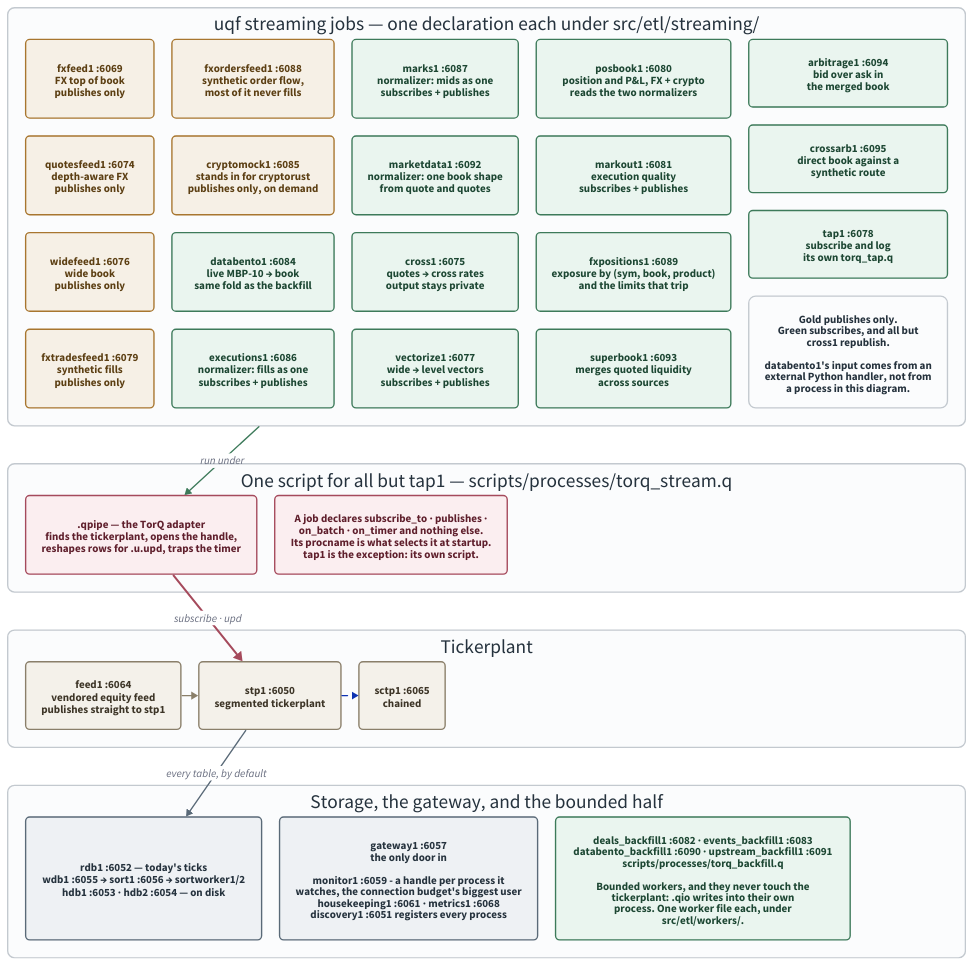
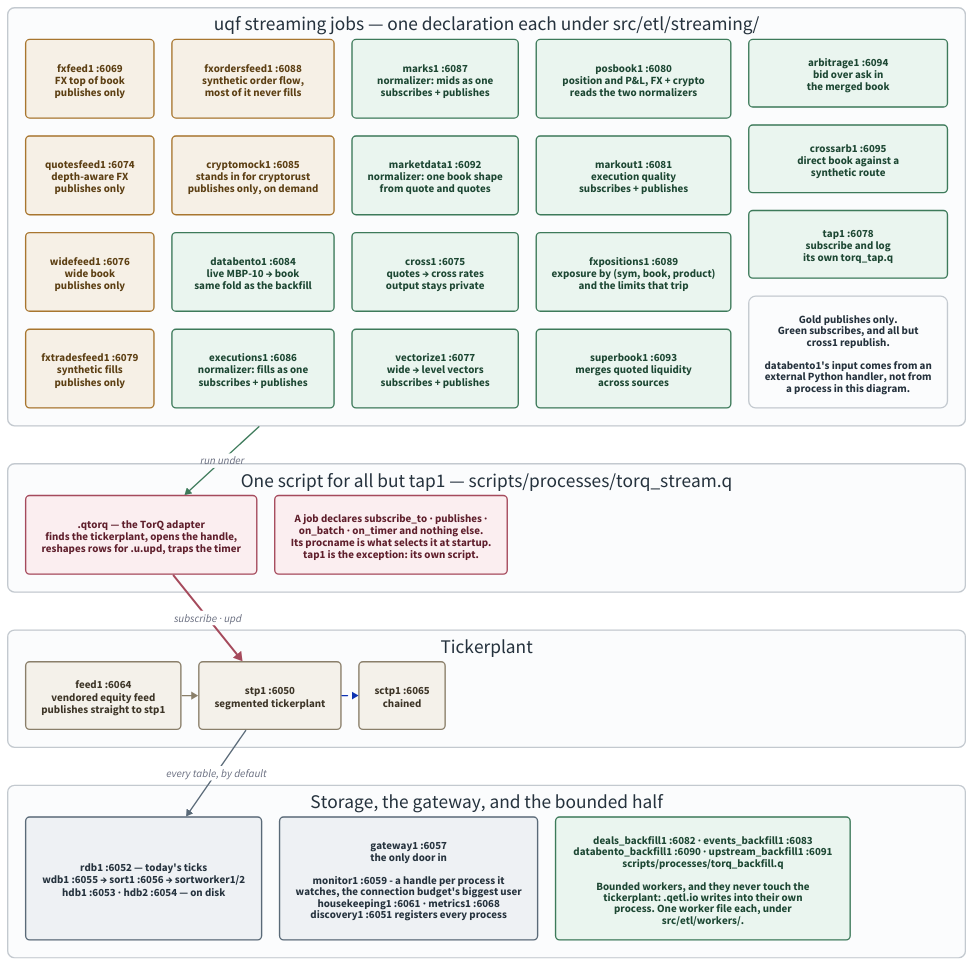
Before and after one commit to kwojdalski/uqf: the diagram in docs/diagrams/stack-topology.d2, drawn with D2. The commit also changed 234 other files, not shown here.

```diff
--- a/docs/diagrams/stack-topology.d2
+++ b/docs/diagrams/stack-topology.d2
@@ -1,166 +1,166 @@
 # stack-topology.d2 - who connects to whom over IPC in the running stack.
 #
 # Rendered by scripts/generate/render_diagrams.py, which CI runs with
 # --check. Embedded from docs/architecture/stack.md.
 #
 # Ports are the defaults at base 6050; every one is {KDBBASEPORT}+offset, so
 # a different base shifts them all together. The authority for the offsets
 # is docs/reference/processes.md, which is GENERATED from the
 # pipeline registry - if this diagram and that table disagree, the table is
 # right.
 #
 # WHAT THIS SHOWS THAT THE MERMAID VERSION DID NOT (#245).
 #
 # Every uqf streaming process but tap1 runs the SAME script. Since #204 a
 # streaming job is a declaration under src/etl/streaming/ and
 # processes/torq_stream.q is the one runner; which job a process runs is
 # decided by its procname at startup. The old diagram drew a script per
-# process, which is what the stack looked like before .qstream and is the
+# process, which is what the stack looked like before .qetl.job.stream and is the
 # single most misleading thing about it.
 #
 # The two connection patterns are still real and still different - publish
 # only, versus an access-listed subscribe - but a job performs neither
-# itself now. .qpipe does both on its behalf, which is why the adapter is
+# itself now. .qtorq does both on its behalf, which is why the adapter is
 # drawn between the processes and the tickerplant rather than left out.
 #
 # Backfills are on here too, and were not before. They are the other half
 # of the ETL tree and they reach the tickerplant NOT AT ALL: a bounded
-# worker writes through .qio into its own process, so its rows never
+# worker writes through .qetl.io into its own process, so its rows never
 # traverse stp1. Drawing them beside the streaming jobs is the point - the
 # two halves look alike in the code and take completely different paths to
 # storage.
 
 direction: down
 
 grid-rows: 4
 grid-gap: 55
 
 vars: {
   d2-config: {
     pad: 40
   }
 }
 
 # Same palette as repo-overview.d2, so the set reads as one system: light
 # fills with dark text in both themes rather than a --dark-theme pairing,
 # which d2 still applies explicit styles over (d2lang/d2#831).
 classes: {
   feed: {
     style: {
       fill: "#f6f0e6"
       stroke: "#a8762f"
       font-color: "#5c3f13"
       border-radius: 6
     }
   }
   job: {
     style: {
       fill: "#eaf5ef"
       stroke: "#3d7a5a"
       font-color: "#1d4733"
       border-radius: 6
     }
   }
   adapter: {
     style: {
       fill: "#fbeef0"
       stroke: "#a54a5c"
       font-color: "#5f1f2c"
       border-radius: 6
     }
   }
   store: {
     style: {
       fill: "#eef1f4"
       stroke: "#5a6a78"
       font-color: "#25323d"
       border-radius: 6
     }
   }
   vendored: {
     style: {
       fill: "#f4f1ea"
       stroke: "#8a7f6a"
       font-color: "#3d3527"
       border-radius: 6
     }
   }
   band: {
     style: {
       fill: "#fbfcfd"
       stroke: "#c3c9cf"
       font-color: "#25323d"
       stroke-width: 2
       border-radius: 10
     }
   }
 }
 
 jobs: "uqf streaming jobs — one declaration each under src/etl/streaming/" {
   class: band
   grid-columns: 5
   grid-gap: 26
 
   fxfeed1: "fxfeed1 :6069\nFX top of book\npublishes only" { class: feed }
   quotesfeed1: "quotesfeed1 :6074\ndepth-aware FX\npublishes only" { class: feed }
   widefeed1: "widefeed1 :6076\nwide book\npublishes only" { class: feed }
   fxtradesfeed1: "fxtradesfeed1 :6079\nsynthetic fills\npublishes only" { class: feed }
   fxordersfeed1: "fxordersfeed1 :6088\nsynthetic order flow,\nmost of it never fills" { class: feed }
 
   cryptomock1: "cryptomock1 :6085\nstands in for cryptorust\npublishes only, on demand" { class: feed }
   databento1: "databento1 :6084\nlive MBP-10 → book\nsame fold as the backfill" { class: job }
   executions1: "executions1 :6086\nnormalizer: fills as one\nsubscribes + publishes" { class: job }
   marks1: "marks1 :6087\nnormalizer: mids as one\nsubscribes + publishes" { class: job }
   marketdata1: "marketdata1 :6092\nnormalizer: one book shape\nfrom quote and quotes" { class: job }
 
   cross1: "cross1 :6075\nquotes → cross rates\noutput stays private" { class: job }
   vectorize1: "vectorize1 :6077\nwide → level vectors\nsubscribes + publishes" { class: job }
   posbook1: "posbook1 :6080\nposition and P&L, FX + crypto\nreads the two normalizers" { class: job }
   markout1: "markout1 :6081\nexecution quality\nsubscribes + publishes" { class: job }
   fxpositions1: "fxpositions1 :6089\nexposure by (sym, book, product)\nand the limits that trip" { class: job }
 
   superbook1: "superbook1 :6093\nmerges quoted liquidity\nacross sources" { class: job }
   arbitrage1: "arbitrage1 :6094\nbid over ask in\nthe merged book" { class: job }
   crossarb1: "crossarb1 :6095\ndirect book against a\nsynthetic route" { class: job }
   tap1: "tap1 :6078\nsubscribe and log\nits own torq_tap.q" { class: job }
   legend: "Gold publishes only.\nGreen subscribes, and all but\ncross1 republish.\n\ndatabento1's input comes from an\nexternal Python handler, not from\na process in this diagram." { class: band }
 }
 
 runner: "One script for all but tap1 — scripts/processes/torq_stream.q" {
   class: band
   grid-columns: 2
   grid-gap: 26
 
-  qpipe: ".qpipe — the TorQ adapter\nfinds the tickerplant, opens the handle,\nreshapes rows for .u.upd, traps the timer" { class: adapter }
+  qtorq: ".qtorq — the TorQ adapter\nfinds the tickerplant, opens the handle,\nreshapes rows for .u.upd, traps the timer" { class: adapter }
   note: "A job declares subscribe_to · publishes ·\non_batch · on_timer and nothing else.\nIts procname is what selects it at startup.\ntap1 is the exception: its own script." { class: adapter }
 }
 
 tp: "Tickerplant" {
   class: band
   grid-columns: 3
   grid-gap: 26
 
   feed1: "feed1 :6064\nvendored equity feed\npublishes straight to stp1" { class: vendored }
   stp: "stp1 :6050\nsegmented tickerplant" { class: vendored }
   sctp: "sctp1 :6065\nchained" { class: vendored }
 
   feed1 -> stp { style.stroke: "#8a7f6a" }
   stp -> sctp { style.stroke-dash: 4 }
 }
 
 downstream: "Storage, the gateway, and the bounded half" {
   class: band
   grid-columns: 3
   grid-gap: 26
 
   storage: "rdb1 :6052 — today's ticks\nwdb1 :6055 → sort1 :6056 → sortworker1/2\nhdb1 :6053 · hdb2 :6054 — on disk" { class: store }
   gw: "gateway1 :6057\nthe only door in\n\nmonitor1 :6059 - a handle per process it\nwatches, the connection budget's biggest user\nhousekeeping1 :6061 · metrics1 :6068\ndiscovery1 :6051 registers every process" { class: store }
-  backfills: "deals_backfill1 :6082 · events_backfill1 :6083\ndatabento_backfill1 :6090 · upstream_backfill1 :6091\nscripts/processes/torq_backfill.q\n\nBounded workers, and they never touch the\ntickerplant: .qio writes into their own\nprocess. One worker file each, under\nsrc/etl/workers/." { class: job }
+  backfills: "deals_backfill1 :6082 · events_backfill1 :6083\ndatabento_backfill1 :6090 · upstream_backfill1 :6091\nscripts/processes/torq_backfill.q\n\nBounded workers, and they never touch the\ntickerplant: .qetl.io writes into their own\nprocess. One worker file each, under\nsrc/etl/workers/." { class: job }
 }
 
-jobs -> runner.qpipe: "run under" { style.stroke: "#3d7a5a" }
-runner.qpipe -> tp.stp: "subscribe · upd" {
+jobs -> runner.qtorq: "run under" { style.stroke: "#3d7a5a" }
+runner.qtorq -> tp.stp: "subscribe · upd" {
   style.stroke: "#a54a5c"
   style.stroke-width: 3
 }
 tp.stp -> downstream.storage: "every table, by default" { style.stroke: "#5a6a78" }
```
